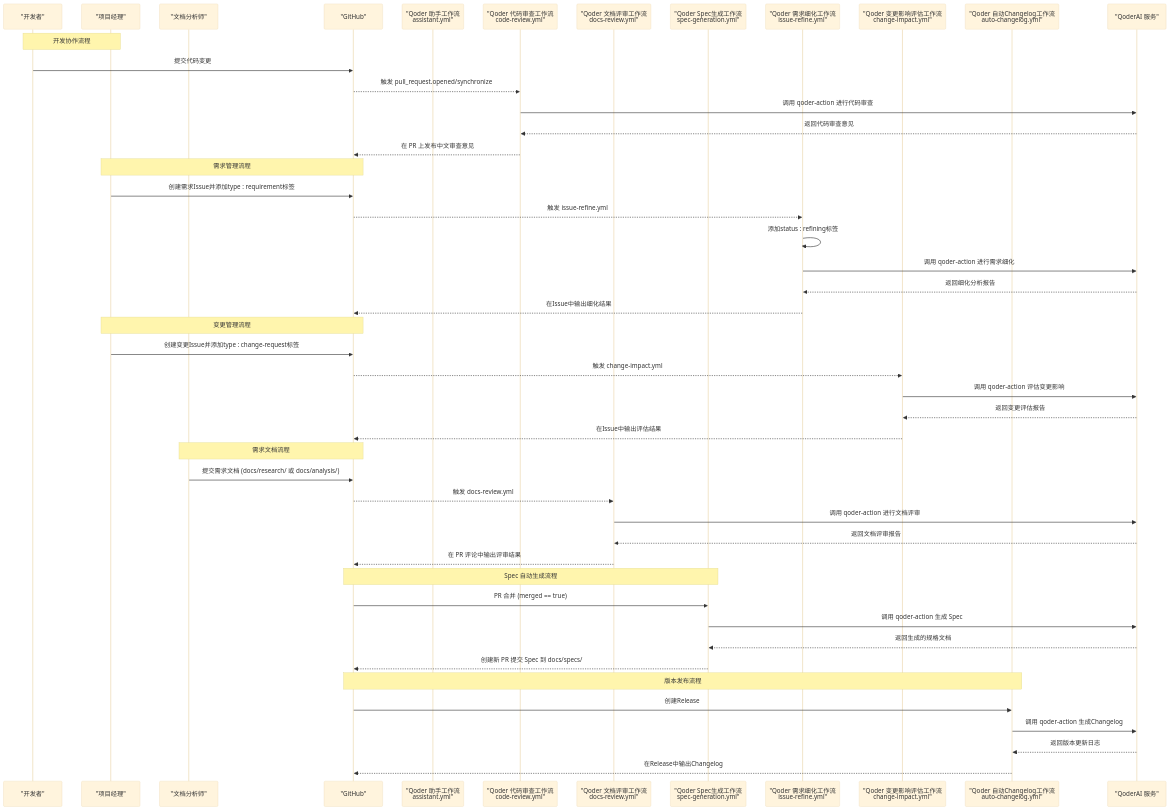
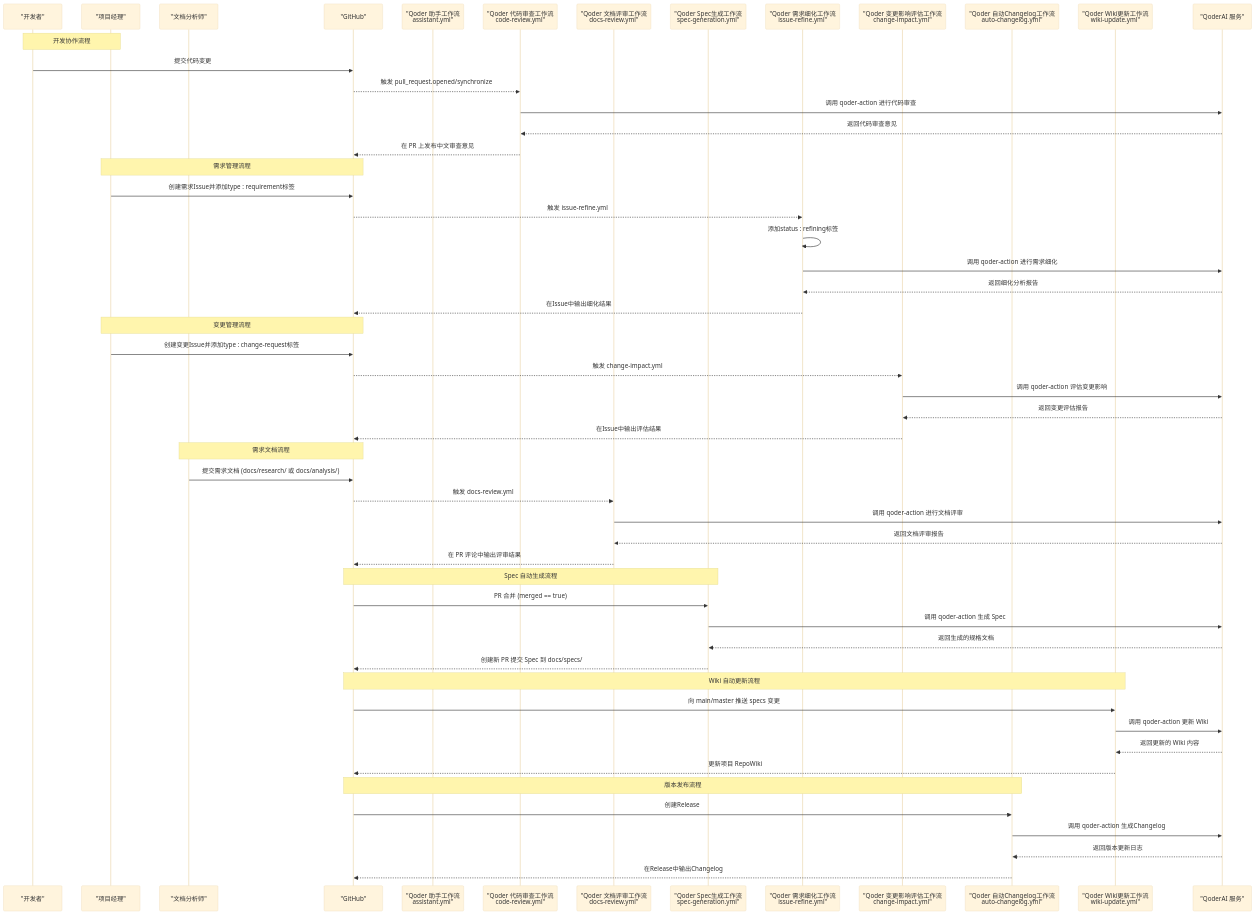
Before and after one commit to Seiano/hj-admin: the second of 12 diagrams in .qoder/repowiki/zh/content/部署运维/CI_CD工作流配置.md, drawn with Mermaid (base theme). The commit also changed other lines of this file and 8 other files, not shown here.

````diff
--- a/.qoder/repowiki/zh/content/部署运维/CI_CD工作流配置.md
+++ b/.qoder/repowiki/zh/content/部署运维/CI_CD工作流配置.md
@@ -185,50 +200,56 @@
 ```mermaid
 sequenceDiagram
 participant Dev as "开发者"
 participant PM as "项目经理"
 participant Doc as "文档分析师"
 participant GH as "GitHub"
 participant WA as "Qoder 助手工作流<br/>assistant.yml"
 participant WR as "Qoder 代码审查工作流<br/>code-review.yml"
 participant DR as "Qoder 文档评审工作流<br/>docs-review.yml"
 participant SG as "Qoder Spec生成工作流<br/>spec-generation.yml"
 participant IR as "Qoder 需求细化工作流<br/>issue-refine.yml"
 participant CI as "Qoder 变更影响评估工作流<br/>change-impact.yml"
 participant AC as "Qoder 自动Changelog工作流<br/>auto-changelog.yml"
+participant WU as "Qoder Wiki更新工作流<br/>wiki-update.yml"
 participant QA as "QoderAI 服务"
 Note over Dev,PM : 开发协作流程
 Dev->>GH : 提交代码变更
 GH-->>WR : 触发 pull_request.opened/synchronize
 WR->>QA : 调用 qoder-action 进行代码审查
 QA-->>WR : 返回代码审查意见
 WR-->>GH : 在 PR 上发布中文审查意见
 Note over PM,GH : 需求管理流程
 PM->>GH : 创建需求Issue并添加type : requirement标签
 GH-->>IR : 触发 issue-refine.yml
 IR->>IR : 添加status : refining标签
 IR->>QA : 调用 qoder-action 进行需求细化
 QA-->>IR : 返回细化分析报告
 IR-->>GH : 在Issue中输出细化结果
 Note over PM,GH : 变更管理流程
 PM->>GH : 创建变更Issue并添加type : change-request标签
 GH-->>CI : 触发 change-impact.yml
 CI->>QA : 调用 qoder-action 评估变更影响
 QA-->>CI : 返回变更评估报告
 CI-->>GH : 在Issue中输出评估结果
 Note over Doc,GH : 需求文档流程
 Doc->>GH : 提交需求文档 (docs/research/ 或 docs/analysis/)
 GH-->>DR : 触发 docs-review.yml
 DR->>QA : 调用 qoder-action 进行文档评审
 QA-->>DR : 返回文档评审报告
 DR-->>GH : 在 PR 评论中输出评审结果
 Note over GH,SG : Spec 自动生成流程
 GH->>SG : PR 合并 (merged == true)
 SG->>QA : 调用 qoder-action 生成 Spec
 QA-->>SG : 返回生成的规格文档
 SG-->>GH : 创建新 PR 提交 Spec 到 docs/specs/
+Note over GH,WU : Wiki 自动更新流程
+GH->>WU : 向 main/master 推送 specs 变更
+WU->>QA : 调用 qoder-action 更新 Wiki
+QA-->>WU : 返回更新的 Wiki 内容
+WU-->>GH : 更新项目 RepoWiki
 Note over GH,AC : 版本发布流程
 GH->>AC : 创建Release
 AC->>QA : 调用 qoder-action 生成Changelog
 QA-->>AC : 返回版本更新日志
 AC-->>GH : 在Release中输出Changelog
 ```
````
